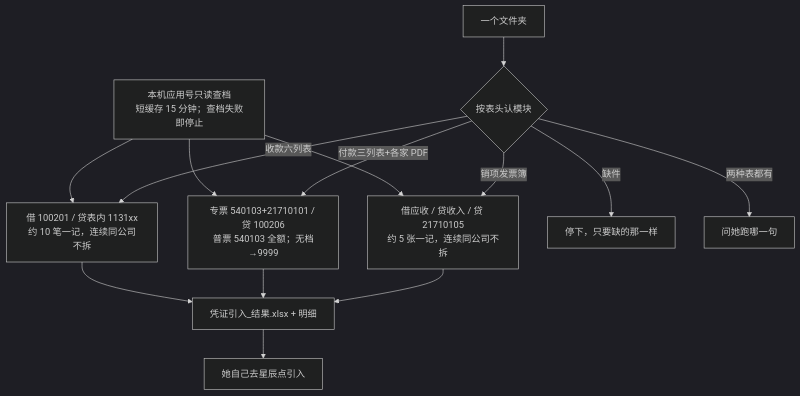
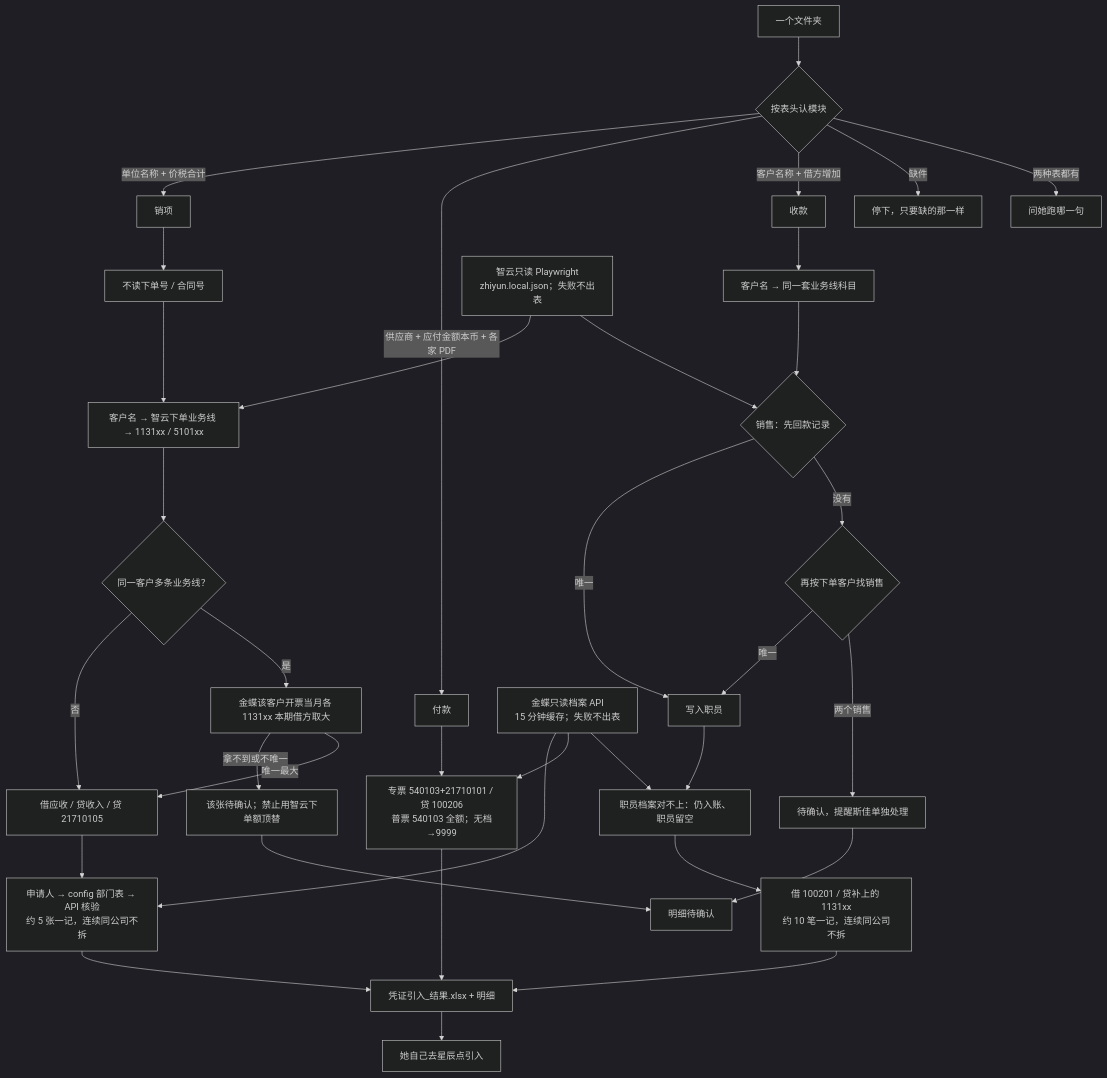
The diagram in skills/kingdee-posting/README.md (EvanLee2004/finance-skills), drawn with Mermaid (dark theme) before and after one commit. The commit also changed other lines of this file and 16 other files, not shown here.

````diff
--- a/skills/kingdee-posting/README.md
+++ b/skills/kingdee-posting/README.md
@@ -51,16 +53,37 @@
 ```mermaid
 flowchart TD
   A["一个文件夹"] --> B{"按表头认模块"}
-  B -->|销项发票簿| S["借应收 / 贷收入 / 贷 21710105<br/>约 5 张一记，连续同公司不拆"]
-  B -->|付款三列表+各家 PDF| P["专票 540103+21710101 / 贷 100206<br/>普票 540103 全额；无档→9999"]
-  B -->|收款六列表| R["借 100201 / 贷表内 1131xx<br/>约 10 笔一记，连续同公司不拆"]
+  B -->|单位名称 + 价税合计| S["销项"]
+  B -->|供应商 + 应付金额本币 + 各家 PDF| P["付款"]
+  B -->|客户名称 + 借方增加| R["收款"]
   B -->|缺件| M["停下，只要缺的那一样"]
   B -->|两种表都有| Q["问她跑哪一句"]
-  S --> O["凭证引入_结果.xlsx + 明细"]
-  P --> O
-  R --> O
+  S --> S1["不读下单号 / 合同号"]
+  S1 --> S2["客户名 → 智云下单业务线 → 1131xx / 5101xx"]
+  S2 --> S3{"同一客户多条业务线？"}
+  S3 -->|否| S4["借应收 / 贷收入 / 贷 21710105"]
+  S3 -->|是| S5["金蝶该客户开票当月各 1131xx 本期借方取大"]
+  S5 -->|拿不到或不唯一| SH["该张待确认；禁止用智云下单额顶替"]
+  S5 -->|唯一最大| S4
+  S4 --> S6["申请人 → config 部门表 → API 核验<br/>约 5 张一记，连续同公司不拆"]
+  P --> P1["专票 540103+21710101 / 贷 100206<br/>普票 540103 全额；无档→9999"]
+  R --> R1["客户名 → 同一套业务线科目"]
+  R1 --> R2{"销售：先回款记录"}
+  R2 -->|唯一| R4["写入职员"]
+  R2 -->|没有| R3{"再按下单客户找销售"}
+  R3 -->|唯一| R4
+  R3 -->|两个销售| RH["待确认，提醒斯佳单独处理"]
+  R4 --> R5["职员档案对不上：仍入账、职员留空"]
+  R5 --> R6["借 100201 / 贷补上的 1131xx<br/>约 10 笔一记，连续同公司不拆"]
+  S6 --> O["凭证引入_结果.xlsx + 明细"]
+  P1 --> O
+  R6 --> O
+  SH --> D["明细待确认"]
+  RH --> D
   O --> H["她自己去星辰点引入"]
-  K["本机应用号只读查档<br/>短缓存 15 分钟；查档失败即停止"] --> S
-  K --> P
-  K --> R
+  K["金蝶只读档案 API<br/>15 分钟缓存；失败不出表"] --> S6
+  K --> P1
+  K --> R5
+  Z["智云只读 Playwright<br/>zhiyun.local.json；失败不出表"] --> S2
+  Z --> R2
 ```
````
